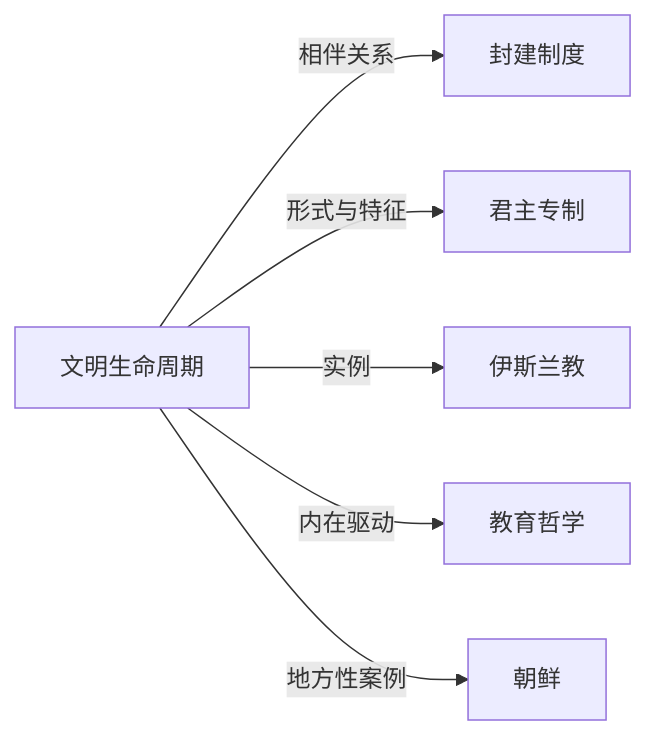
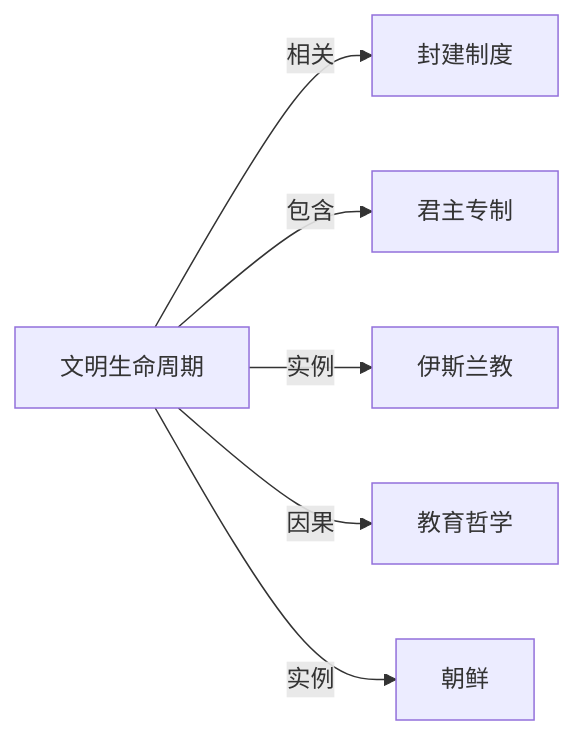
Before and after one commit to KIMMCHOW/MyKnowledge: the diagram in Knowledge/Concepts/哲学/文明生命周期.md, drawn with Mermaid. The commit also changed 95 other files, not shown here.

Commit message:
reorganize: 统一关系图边标签为11类

````diff
--- a/Knowledge/Concepts/哲学/文明生命周期.md
+++ b/Knowledge/Concepts/哲学/文明生命周期.md
@@ -44,8 +44,8 @@
 ```mermaid
 graph LR
-文明生命周期 -->|相伴关系| 封建制度
-文明生命周期 -->|形式与特征| 君主专制
+文明生命周期 -->|相关| 封建制度
+文明生命周期 -->|包含| 君主专制
 文明生命周期 -->|实例| 伊斯兰教
-文明生命周期 -->|内在驱动| 教育哲学
-文明生命周期 -->|地方性案例| 朝鲜
+文明生命周期 -->|因果| 教育哲学
+文明生命周期 -->|实例| 朝鲜
 ```
````
